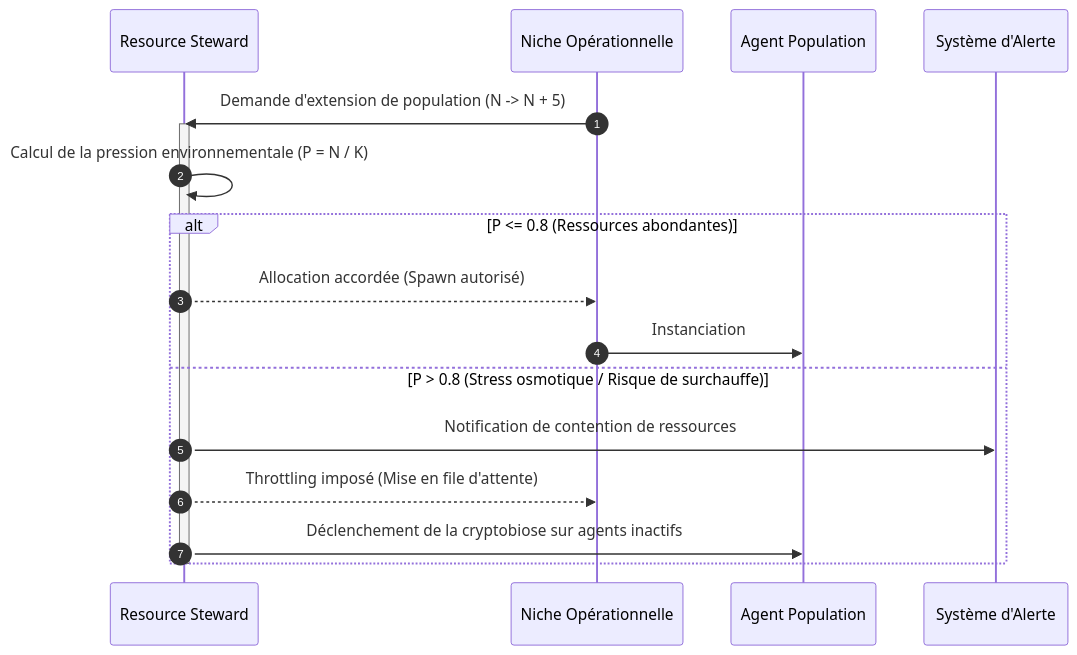
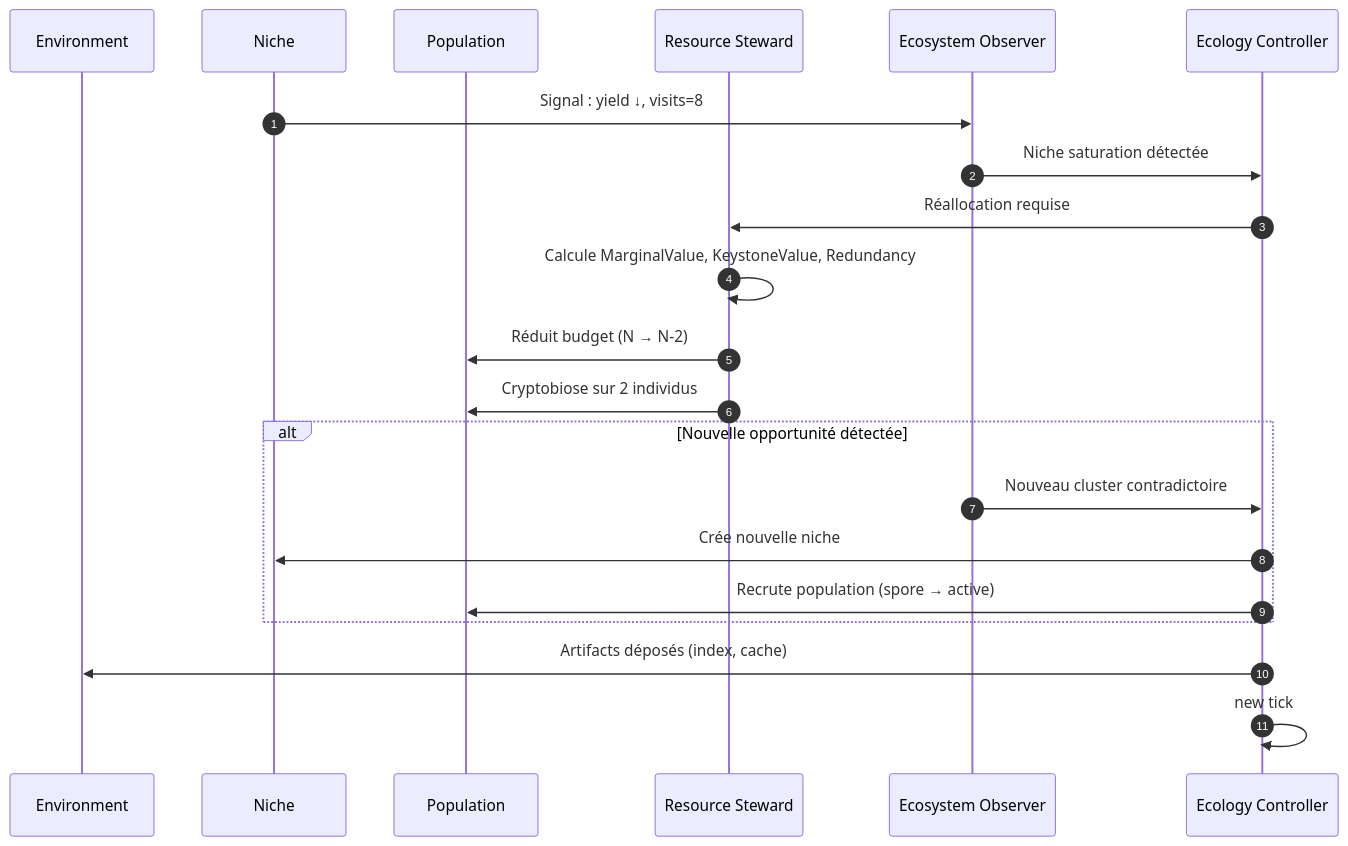
The second of 3 diagrams in docs/02-orchestration/topologies/biome.md (PISSARAW/GenOS), drawn with Mermaid before and after one commit. The commit also changed other lines of this file, not shown here.

````diff
--- a/docs/02-orchestration/topologies/biome.md
+++ b/docs/02-orchestration/topologies/biome.md
@@ -666,21 +1072,27 @@
 ```mermaid
 sequenceDiagram
     autonumber
+    participant Env as Environment
+    participant Niche as Niche
+    participant Pop as Population
     participant Steward as Resource Steward
-    participant Niche as Niche Opérationnelle
-    participant Agent as Agent Population
-    participant Alert as Système d'Alerte
+    participant Observer as Ecosystem Observer
+    participant Controller as Ecology Controller
 
-    Niche->>Steward: Demande d'extension de population (N -> N + 5)
-    activate Steward
-    Steward->>Steward: Calcul de la pression environnementale (P = N / K)
-    alt P <= 0.8 (Ressources abondantes)
-        Steward-->>Niche: Allocation accordée (Spawn autorisé)
-        Niche->>Agent: Instanciation
-    else P > 0.8 (Stress osmotique / Risque de surchauffe)
-        Steward->>Alert: Notification de contention de ressources
-        Steward-->>Niche: Throttling imposé (Mise en file d'attente)
-        Steward->>Agent: Déclenchement de la cryptobiose sur agents inactifs
+    Niche->>Observer: Signal : yield ↓, visits=8
+    Observer->>Controller: Niche saturation détectée
+    Controller->>Steward: Réallocation requise
+
+    Steward->>Steward: Calcule MarginalValue, KeystoneValue, Redundancy
+    Steward->>Pop: Réduit budget (N → N-2)
+    Steward->>Pop: Cryptobiose sur 2 individus
+
+    alt Nouvelle opportunité détectée
+        Observer->>Controller: Nouveau cluster contradictoire
+        Controller->>Niche: Crée nouvelle niche
+        Controller->>Pop: Recrute population (spore → active)
     end
-    deactivate Steward
+
+    Controller->>Env: Artifacts déposés (index, cache)
+    Controller->>Controller: new tick
 ```
````
